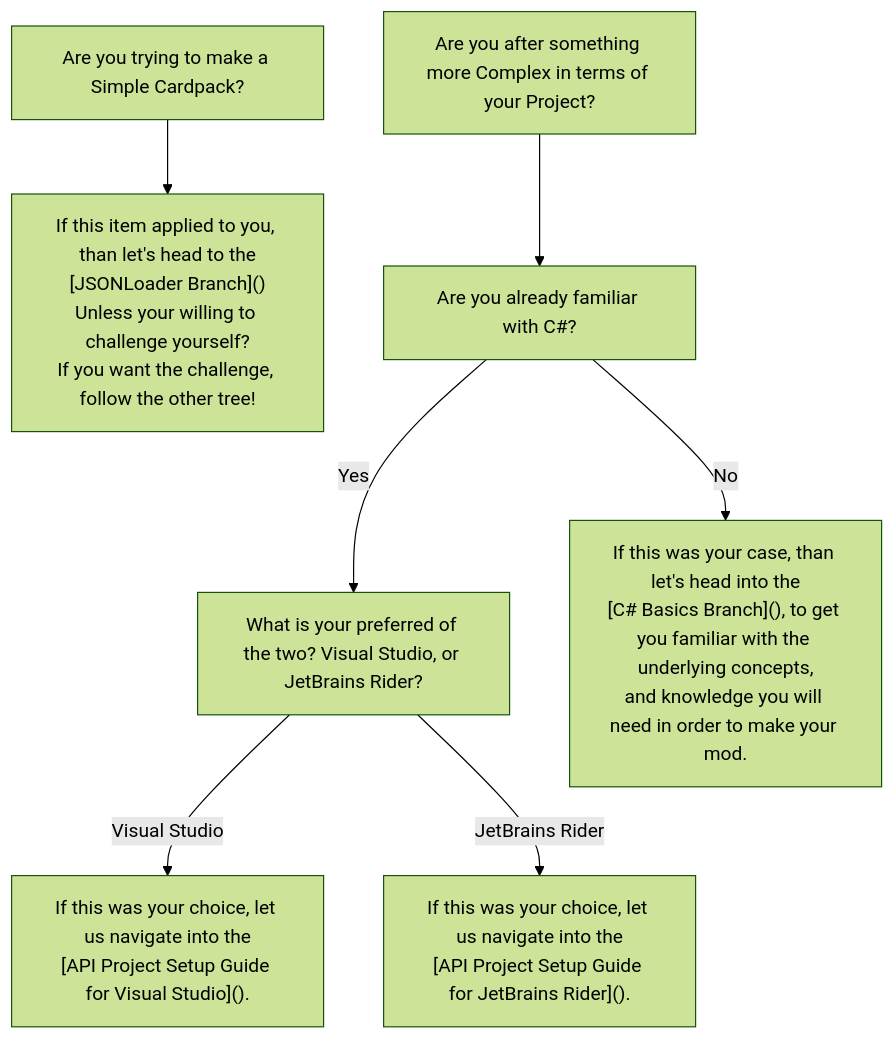
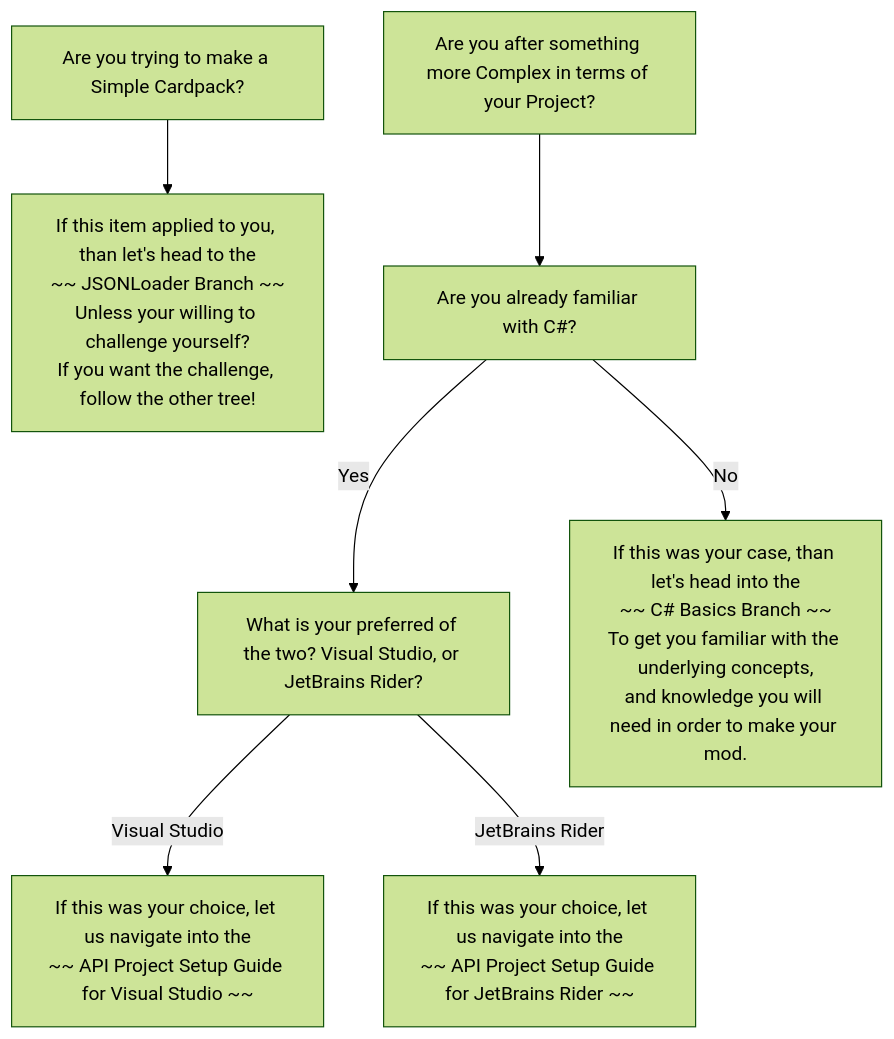
Before and after one commit to InscryptionModding/InscryptionAPI: the diagram in docs/wiki/getting_started/index.md, drawn with Mermaid (forest theme). The commit also changed other lines of this file and 2 other files, not shown here.

Commit message:
Yet Again More Mermaid

````diff
--- a/docs/wiki/getting_started/index.md
+++ b/docs/wiki/getting_started/index.md
@@ -23,19 +23,19 @@
 ```mermaid
 flowchart TD
     A["Are you trying to make a Simple Cardpack?"]
-    A --> A1["If this item applied to you, than let's head to the<br/>[JSONLoader Branch]()<br/>Unless your willing to challenge yourself?<br/>If you want the challenge, follow the other tree!"]
+    A --> A1["If this item applied to you, than let's head to the<br/>~~ JSONLoader Branch ~~<br/>Unless your willing to challenge yourself?<br/>If you want the challenge, follow the other tree!"]
 
     B["Are you after something more Complex in terms of your Project?"]
     B --> C["Are you already familiar with C#?"]
 
     C -->|Yes| D["What is your preferred of the two? Visual Studio, or JetBrains Rider?"]
-    C -->|No| C1["If this was your case, than let's head into the<br/>[C# Basics Branch](), to get you familiar with the underlying concepts,<br/>and knowledge you will need in order to make your mod."]
+    C -->|No| C1["If this was your case, than let's head into the<br/>~~ C# Basics Branch ~~</br>To get you familiar with the underlying concepts,<br/>and knowledge you will need in order to make your mod."]
 
-    D -->|Visual Studio| D1["If this was your choice, let us navigate into the<br/>[API Project Setup Guide for Visual Studio]()."]
-    D -->|JetBrains Rider| D2["If this was your choice, let us navigate into the<br/>[API Project Setup Guide for JetBrains Rider]()."]
+    D -->|Visual Studio| D1["If this was your choice, let us navigate into the<br/>~~ API Project Setup Guide for Visual Studio ~~"]
+    D -->|JetBrains Rider| D2["If this was your choice, let us navigate into the<br/>~~ API Project Setup Guide for JetBrains Rider ~~"]
 
-    click A1 "modders/jsonloader_projects/index.md" "Open JSONLoader Branch"
-    click C1 "modders/c_sharp_basics/index.md" "Open C# Basics Branch"
-    click D1 "modders/api_projects_vs_edition/index.md" "Open Visual Studio Setup Guide"
-    click D2 "modders/api_projects_rider_edition/index.md" "Open JetBrains Rider Setup Guide"
+    click A1 "jsonloader_projects/index.md" "Open JSONLoader Branch"
+    click C1 "c_sharp_basics/index.md" "Open C# Basics Branch"
+    click D1 "api_projects_vs_edition/index.md" "Open Visual Studio Setup Guide"
+    click D2 "api_projects_rider_edition/index.md" "Open JetBrains Rider Setup Guide"
 ```
````
